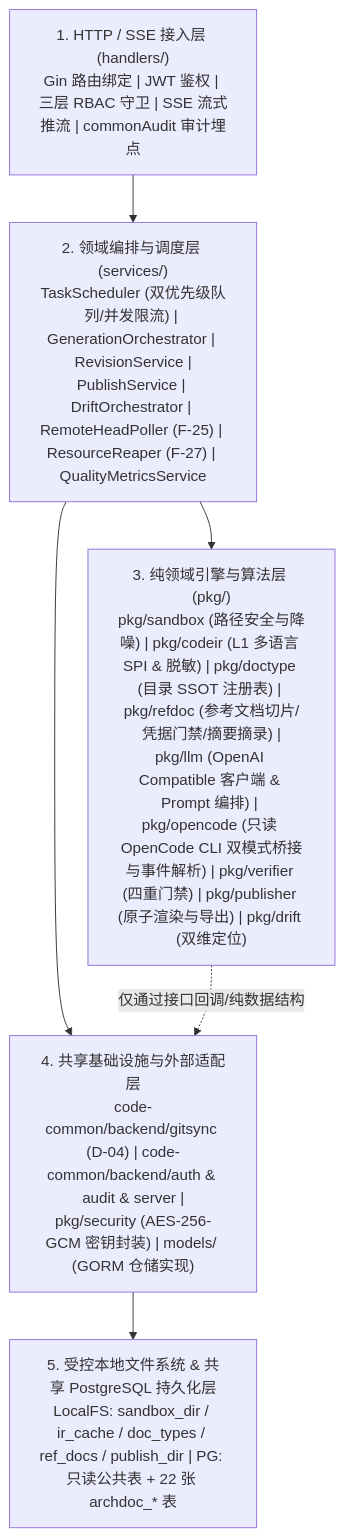
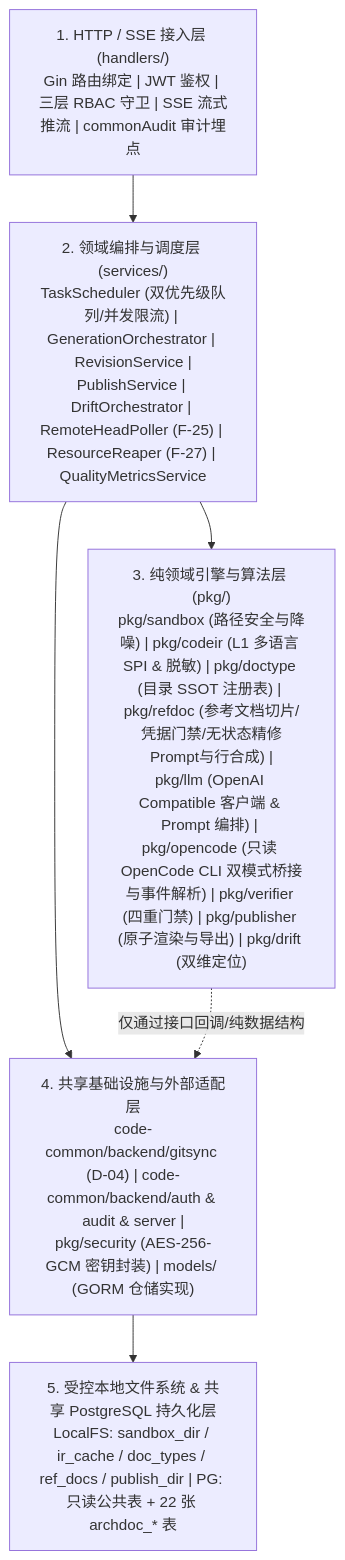
One commit to fugui/code-archdoc changed the second of 5 diagrams in docs/02-design/01-system-architecture.md. Above: the diagram before and after it, drawn with Mermaid. The commit also changed other lines of this file and 8 other files, not shown here.

````diff
--- a/docs/02-design/01-system-architecture.md
+++ b/docs/02-design/01-system-architecture.md
@@ -96,14 +96,14 @@
 ```mermaid
 flowchart TB
     L1["1. HTTP / SSE 接入层 (handlers/)<br/>Gin 路由绑定 | JWT 鉴权 | 三层 RBAC 守卫 | SSE 流式推流 | commonAudit 审计埋点"]
     L2["2. 领域编排与调度层 (services/)<br/>TaskScheduler (双优先级队列/并发限流) | GenerationOrchestrator | RevisionService |<br/>PublishService | DriftOrchestrator | RemoteHeadPoller (F-25) | ResourceReaper (F-27) | QualityMetricsService"]
-    L3["3. 纯领域引擎与算法层 (pkg/)<br/>pkg/sandbox (路径安全与降噪) | pkg/codeir (L1 多语言 SPI & 脱敏) | pkg/doctype (目录 SSOT 注册表) | pkg/refdoc (参考文档切片/凭据门禁/摘要摘录) |<br/>pkg/llm (OpenAI Compatible 客户端 & Prompt 编排) | pkg/opencode (只读 OpenCode CLI 双模式桥接与事件解析) | pkg/verifier (四重门禁) | pkg/publisher (原子渲染与导出) | pkg/drift (双维定位)"]
+    L3["3. 纯领域引擎与算法层 (pkg/)<br/>pkg/sandbox (路径安全与降噪) | pkg/codeir (L1 多语言 SPI & 脱敏) | pkg/doctype (目录 SSOT 注册表) | pkg/refdoc (参考文档切片/凭据门禁/无状态精修Prompt与行合成) |<br/>pkg/llm (OpenAI Compatible 客户端 & Prompt 编排) | pkg/opencode (只读 OpenCode CLI 双模式桥接与事件解析) | pkg/verifier (四重门禁) | pkg/publisher (原子渲染与导出) | pkg/drift (双维定位)"]
     L4["4. 共享基础设施与外部适配层<br/>code-common/backend/gitsync (D-04) | code-common/backend/auth & audit & server |<br/>pkg/security (AES-256-GCM 密钥封装) | models/ (GORM 仓储实现)"]
     L5["5. 受控本地文件系统 & 共享 PostgreSQL 持久化层<br/>LocalFS: sandbox_dir / ir_cache / doc_types / ref_docs / publish_dir | PG: 只读公共表 + 22 张 archdoc_* 表"]
 
     L1 --> L2
     L2 --> L3
     L2 --> L4
     L3 -.->|"仅通过接口回调/纯数据结构"| L4
     L4 --> L5
 ```
````
